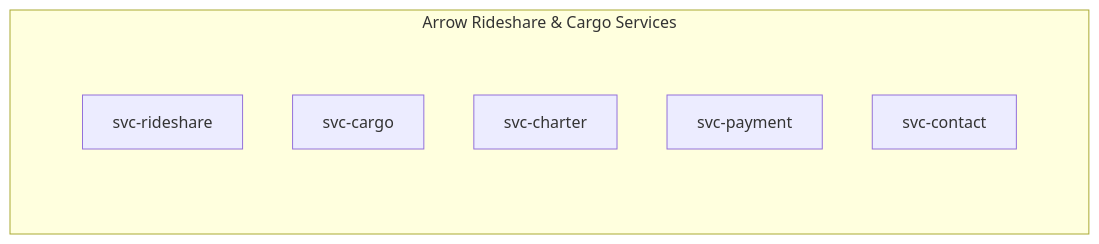
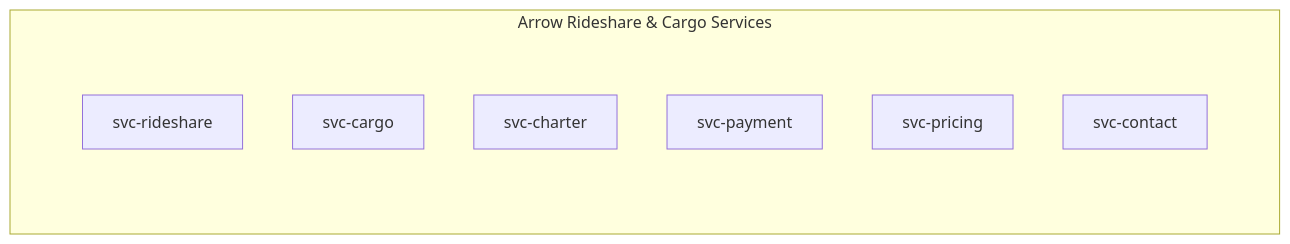
The third of 6 diagrams in docs/conops.md (aetheric-oss/se-services), drawn with Mermaid before and after one commit. The commit also changed other lines of this file, not shown here.

Commit message:
:heavy_check_mark: Address PR Comments

````diff
--- a/docs/conops.md
+++ b/docs/conops.md
@@ -72,17 +72,17 @@
 ```mermaid
 
 graph TB
 subgraph Arrow Rideshare & Cargo Services
 classDef subgraph_padding fill:none,stroke:none
-
     subgraph p [ ]
-	share[svc-rideshare]
-	cargo[svc-cargo]
+    share[svc-rideshare]
+    cargo[svc-cargo]
     charter[svc-charter]
 	pay[svc-payment]
+    pricing[svc-pricing]
 	contact[svc-contact]
     end
 end
 
 class p subgraph_padding
 ```
````
